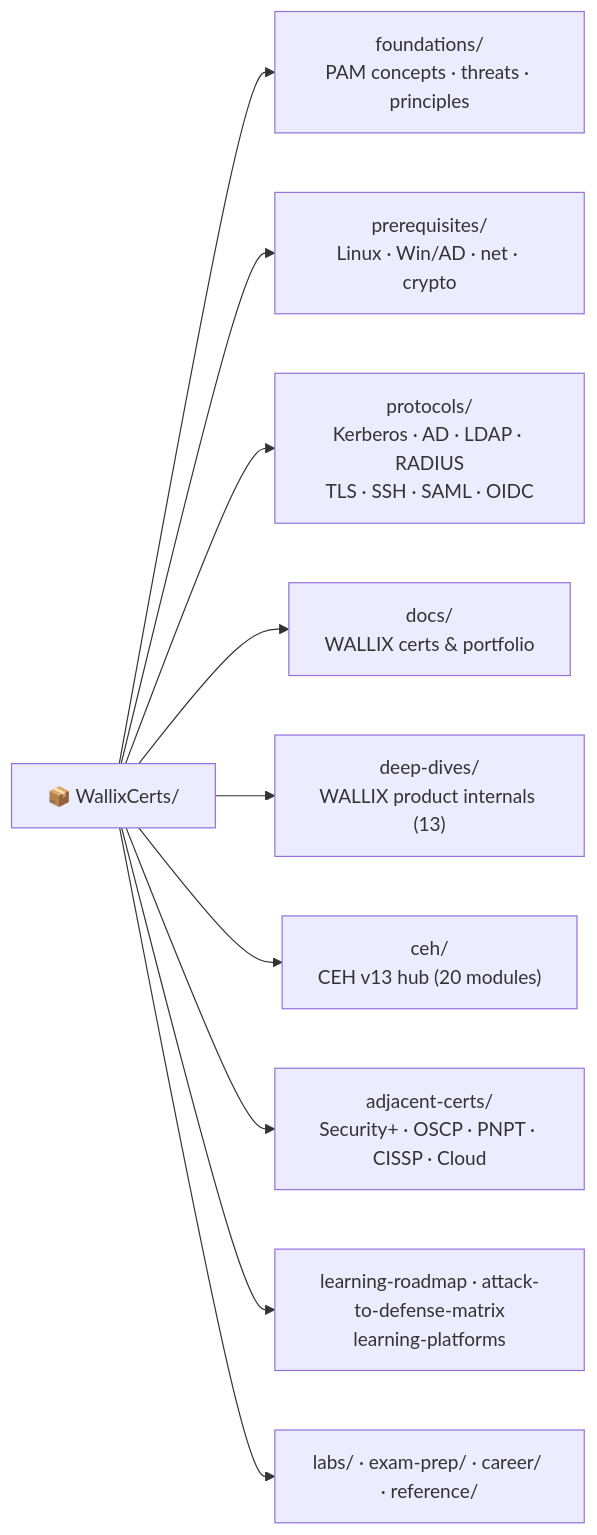
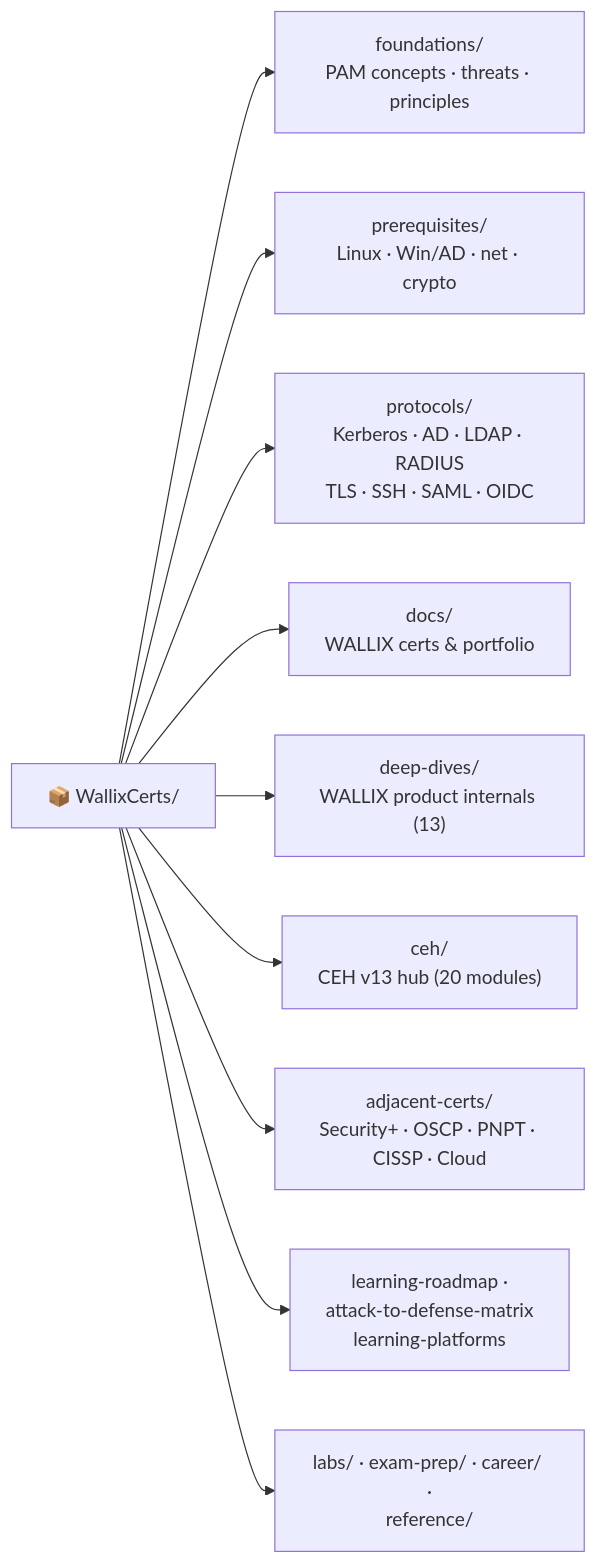
Before and after one commit to morandeirachema/WallixCerts: the third of 3 diagrams in README.md, drawn with Mermaid. The commit also changed 37 other files, not shown here.

First line of the commit message:
Make Mermaid node boxes fit their text (wrap long labels) + enforce it

````diff
--- a/README.md
+++ b/README.md
@@ -132,13 +132,13 @@
 ```mermaid
 flowchart LR
     Root["📦 WallixCerts/"]
     Root --> FND["foundations/<br/>PAM concepts · threats · principles"]
     Root --> PRE["prerequisites/<br/>Linux · Win/AD · net · crypto"]
     Root --> PRO["protocols/<br/>Kerberos · AD · LDAP · RADIUS<br/>TLS · SSH · SAML · OIDC"]
     Root --> DOC["docs/<br/>WALLIX certs & portfolio"]
     Root --> DD["deep-dives/<br/>WALLIX product internals (13)"]
     Root --> CEHD["ceh/<br/>CEH v13 hub (20 modules)"]
     Root --> ADJ["adjacent-certs/<br/>Security+ · OSCP · PNPT · CISSP · Cloud"]
-    Root --> XC["learning-roadmap · attack-to-defense-matrix<br/>learning-platforms"]
-    Root --> SUP["labs/ · exam-prep/ · career/ · reference/"]
+    Root --> XC["learning-roadmap ·<br/>attack-to-defense-matrix<br/>learning-platforms"]
+    Root --> SUP["labs/ · exam-prep/ · career/ ·<br/>reference/"]
 ```
````
